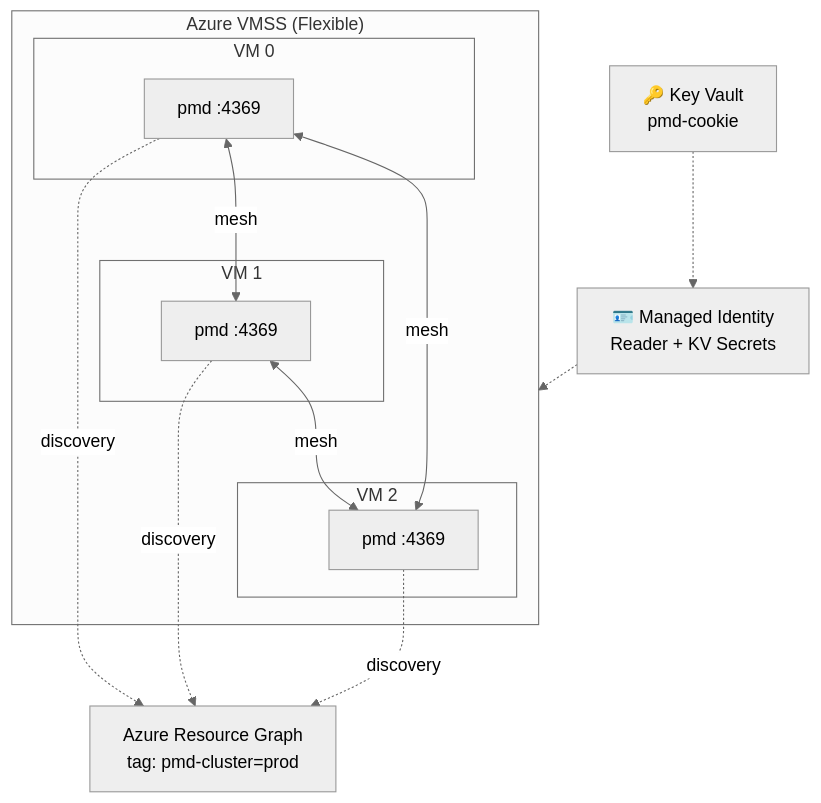
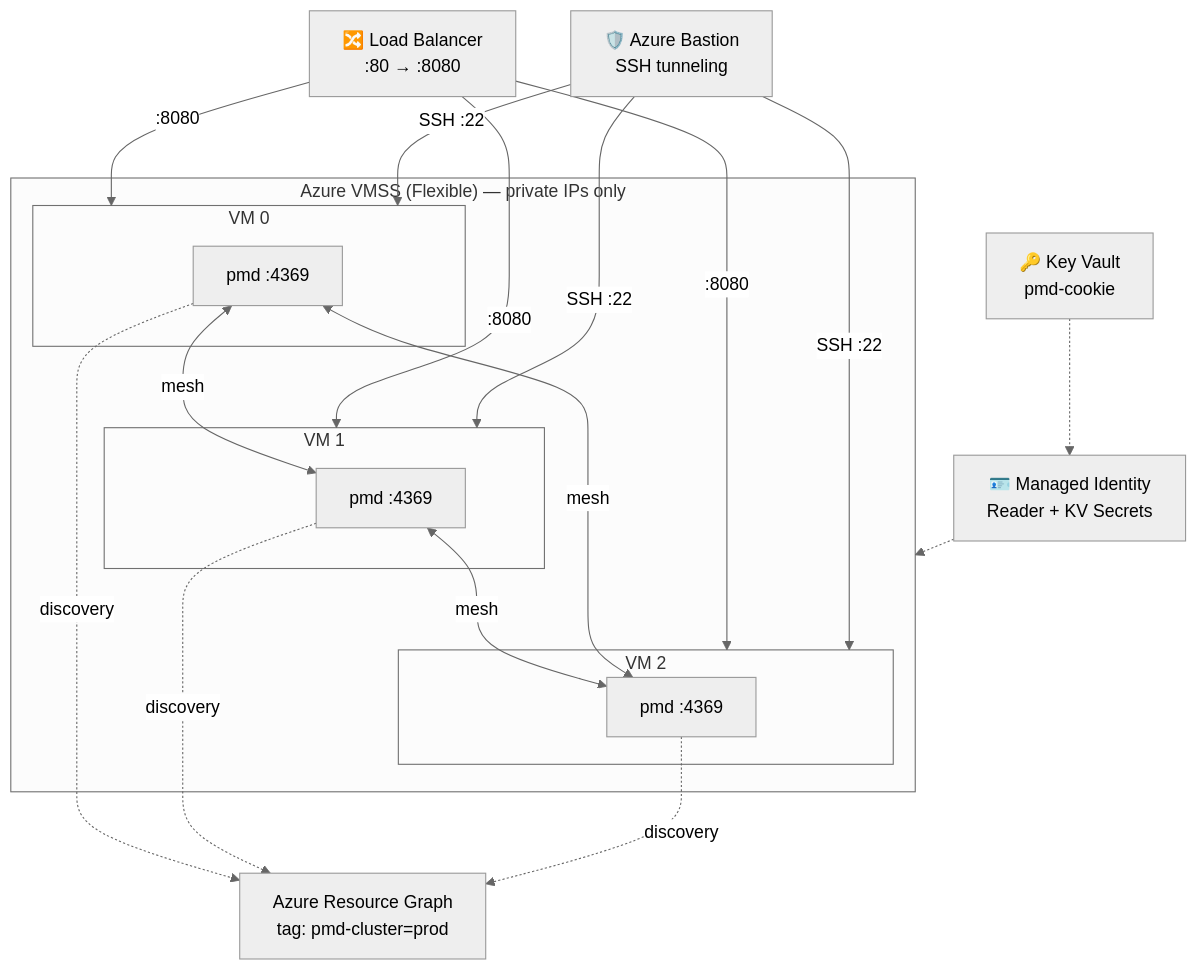
The diagram in README.md (pierreg256/pmd-cluster), drawn with Mermaid (neutral theme) before and after one commit. The commit also changed other lines of this file and 8 other files, not shown here.

First line of the commit message:
infra: add Azure Bastion, remove VM public IPs, restrict SSH to bastion subnet

````diff
--- a/README.md
+++ b/README.md
@@ -7,28 +7,39 @@
 ```mermaid
 graph TD
-    subgraph VMSS["Azure VMSS (Flexible)"]
+    LB["🔀 Load Balancer<br/>:80 → :8080"]
+    Bastion["🛡️ Azure Bastion<br/>SSH tunneling"]
+
+    subgraph VMSS["Azure VMSS (Flexible) — private IPs only"]
         subgraph VM0["VM 0"]
             PMD0["pmd :4369"]
         end
         subgraph VM1["VM 1"]
             PMD1["pmd :4369"]
         end
         subgraph VM2["VM 2"]
             PMD2["pmd :4369"]
         end
 
         PMD0 <-->|mesh| PMD1
         PMD1 <-->|mesh| PMD2
         PMD0 <-->|mesh| PMD2
     end
 
+    LB -->|:8080| VM0
+    LB -->|:8080| VM1
+    LB -->|:8080| VM2
+
+    Bastion -->|SSH :22| VM0
+    Bastion -->|SSH :22| VM1
+    Bastion -->|SSH :22| VM2
+
     ARG["Azure Resource Graph<br/>tag: pmd-cluster=prod"]
     PMD0 -.->|discovery| ARG
     PMD1 -.->|discovery| ARG
     PMD2 -.->|discovery| ARG
 
     KV["🔑 Key Vault<br/>pmd-cookie"]
     MI["🪪 Managed Identity<br/>Reader + KV Secrets"]
     KV -.-> MI
     MI -.-> VMSS
 ```
````
